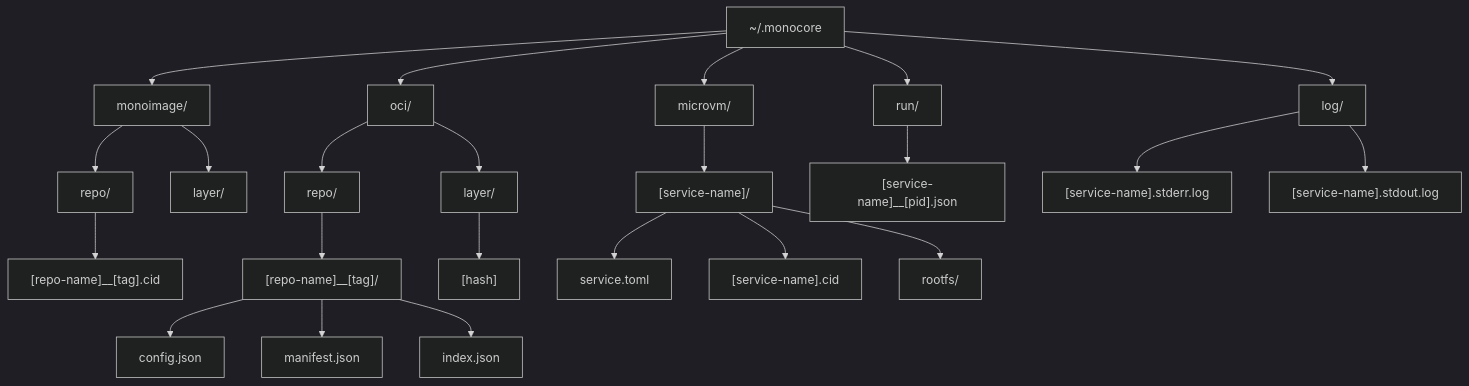
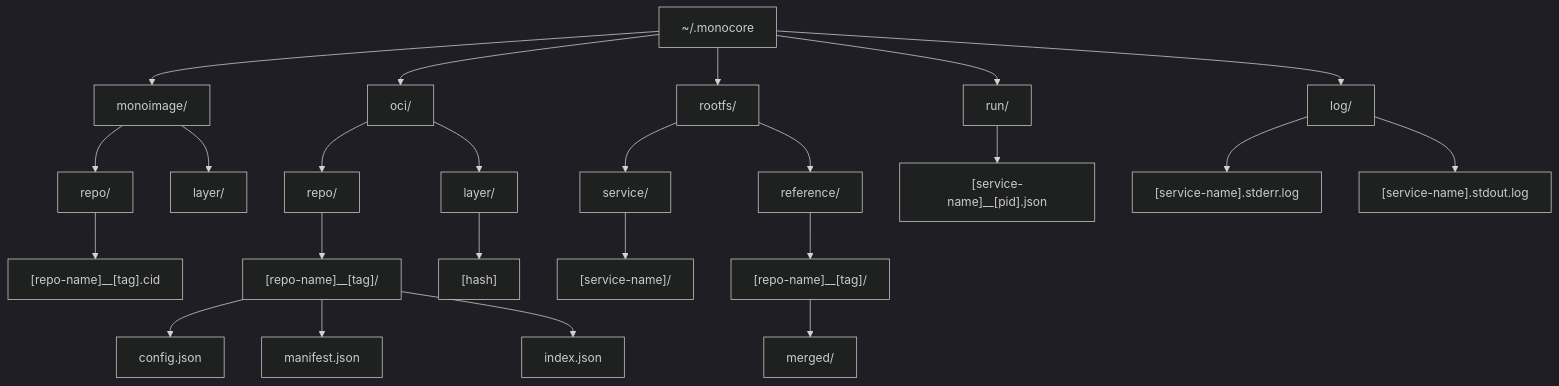
One commit to zerocore-ai/monocore changed the diagram in monocore/README.md. Above: the diagram before and after it, drawn with Mermaid (dark theme). The commit also changed other lines of this file and 26 other files, not shown here.

First line of the commit message:
feat(orchestration): Implement service rootfs isolation and OCI image handling

````diff
--- a/monocore/README.md
+++ b/monocore/README.md
@@ -56,29 +63,30 @@
 ```mermaid
 graph TD
     monocore_root[~/.monocore] --> monoimage[monoimage/]
     monoimage --> monoimage_repo[repo/]
     monoimage_repo --> monoimage_cid["[repo-name]__[tag].cid"]
     monoimage --> monoimage_layer[layer/]
 
     monocore_root --> oci[oci/]
     oci --> oci_repo[repo/]
     oci_repo --> oci_tag["[repo-name]__[tag]/"]
     oci_tag --> oci_config[config.json]
     oci_tag --> oci_manifest[manifest.json]
     oci_tag --> oci_index[index.json]
     oci --> oci_layer[layer/]
     oci_layer --> oci_layer_hash["[hash]"]
 
-    monocore_root --> microvm[microvm/]
-    microvm --> microvm_service["[service-name]/"]
-    microvm_service --> microvm_toml[service.toml]
-    microvm_service --> microvm_cid["[service-name].cid"]
-    microvm_service --> microvm_rootfs[rootfs/]
+    monocore_root --> rootfs[rootfs/]
+    rootfs --> rootfs_service[service/]
+    rootfs_service --> rootfs_service_rootfs["[service-name]/"]
+    rootfs --> rootfs_ref[reference/]
+    rootfs_ref --> rootfs_ref_repo["[repo-name]__[tag]/"]
+    rootfs_ref_repo --> rootfs_ref_repo_merged[merged/]
 
     monocore_root --> run[run/]
     run --> run_service["[service-name]__[pid].json"]
 
     monocore_root --> log[log/]
     log --> log_stderr["[service-name].stderr.log"]
     log --> log_stdout["[service-name].stdout.log"]
 ```
````
